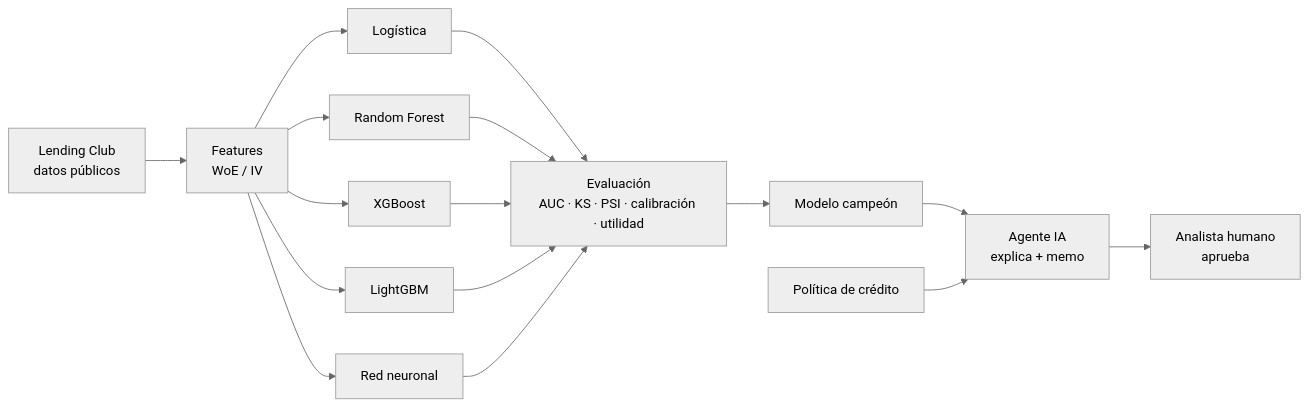
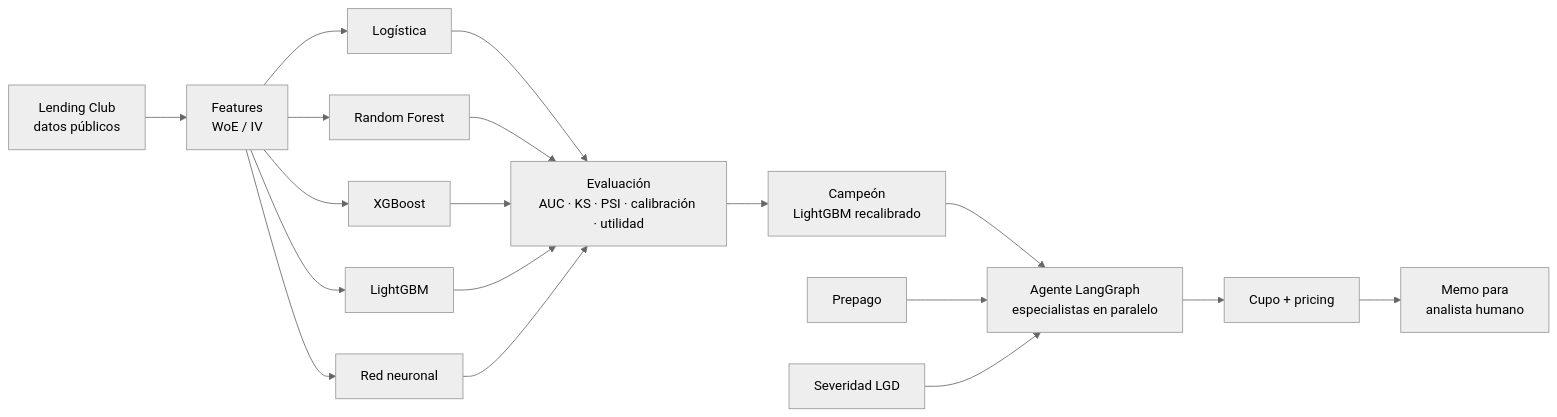
Before and after one commit to neiderolaya26/credit-risk-agent-lab: the diagram in README.md, drawn with Mermaid (neutral theme). The commit also changed other lines of this file and 8 other files, not shown here.

Commit message:
feat: prepago por supervivencia y severidad por pérdida económica (decisiones 009-011)

````diff
--- a/README.md
+++ b/README.md
@@ -13,14 +13,16 @@
 ```mermaid
 flowchart LR
     D[Lending Club<br/>datos públicos] --> F[Features<br/>WoE / IV]
     F --> M1[Logística]
     F --> M2[Random Forest]
     F --> M3[XGBoost]
     F --> M4[LightGBM]
     F --> M5[Red neuronal]
     M1 & M2 & M3 & M4 & M5 --> E[Evaluación<br/>AUC · KS · PSI · calibración · utilidad]
-    E --> C[Modelo campeón]
-    C --> A[Agente IA<br/>explica + memo]
-    P[Política de crédito] --> A
-    A --> H[Analista humano<br/>aprueba]
+    E --> C[Campeón<br/>LightGBM recalibrado]
+    C --> A[Agente LangGraph<br/>especialistas en paralelo]
+    PP[Prepago] --> A
+    L[Severidad LGD] --> A
+    A --> CU[Cupo + pricing]
+    CU --> H[Memo para<br/>analista humano]
 ```
````
